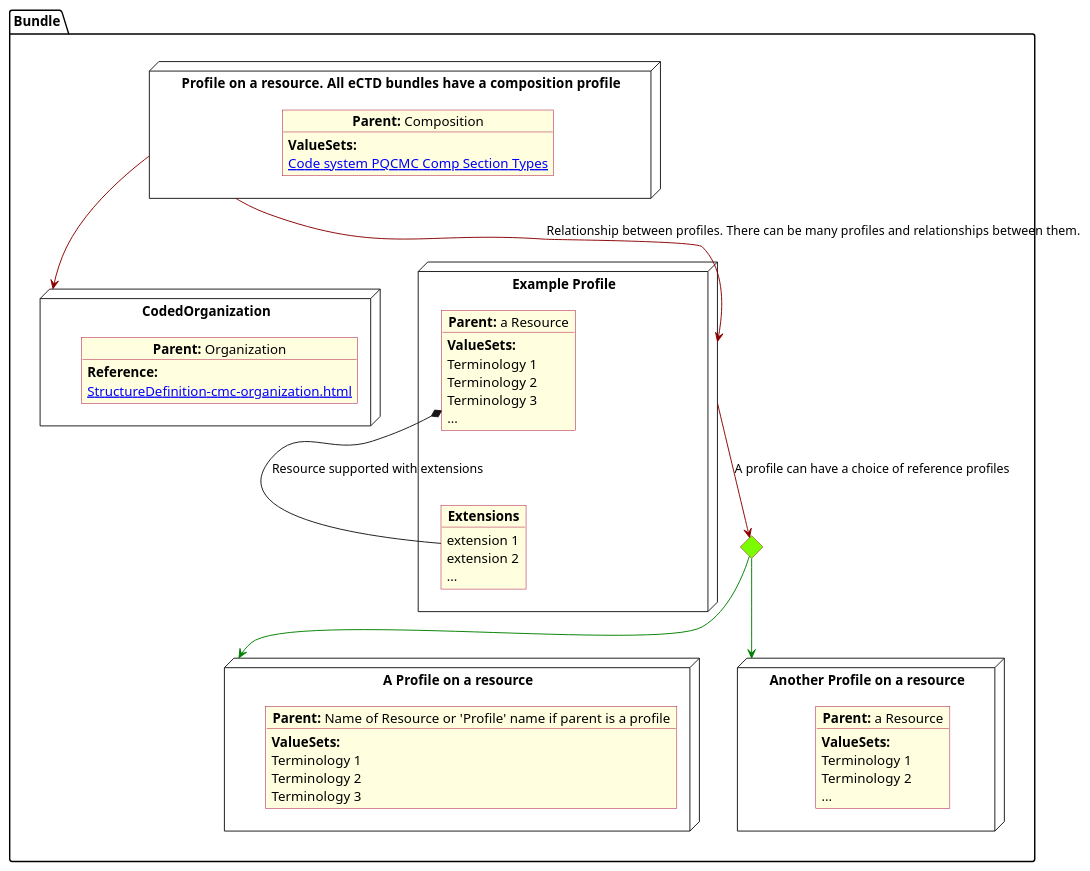
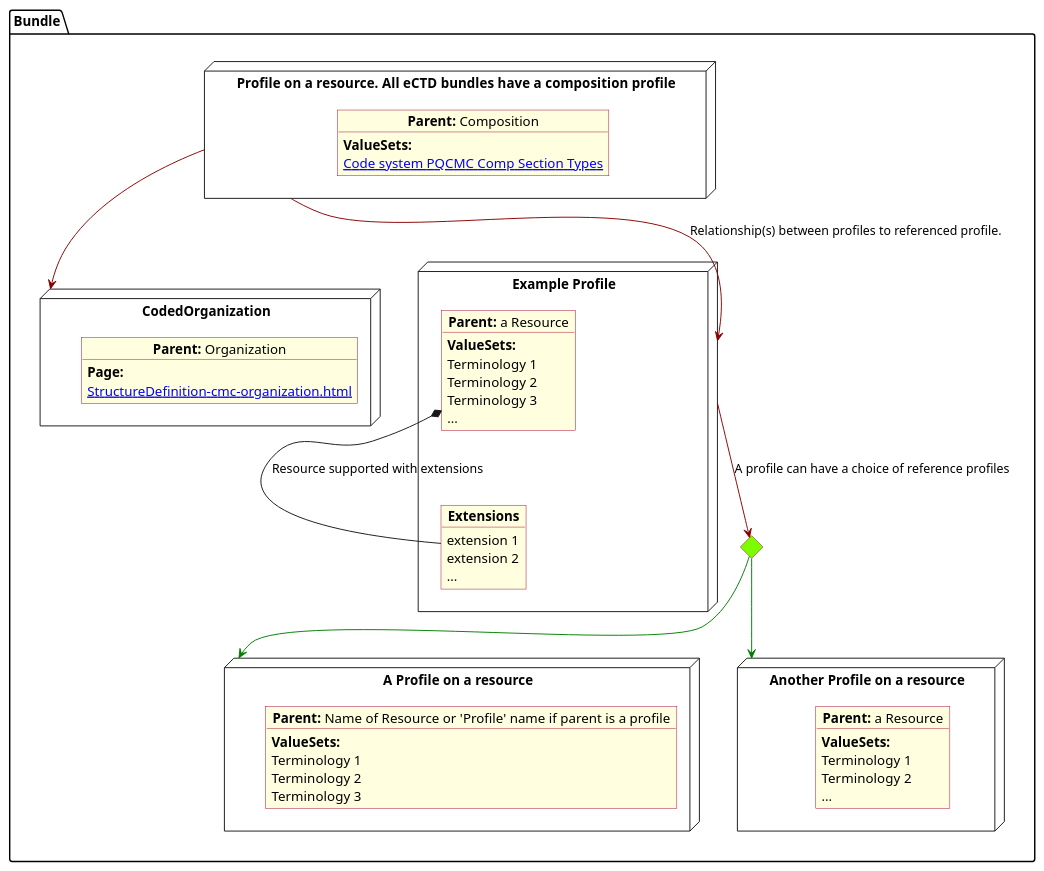
One commit to HL7/FHIR-us-pq-cmc-fda changed the diagram in input/images-source/legend.plantuml. Above: the diagram before and after it, drawn with PlantUML. The commit also changed 53 other files, not shown here.

```diff
--- a/input/images-source/legend.plantuml
+++ b/input/images-source/legend.plantuml
@@ -1,74 +1,74 @@
 @startuml legend
 allowmixing
 'Mixed model of use case and object
 skinparam svgDimensionStyle false
 skinparam ObjectBackgroundColor LightYellow
 skinparam ObjectBorderColor #A80036
 skinparam activityDiamondBorderColor #A80036
 skinparam activityDiamondBackgroundColor lawnGreen
 skinparam ClassBorderThickness 4
 
 package "Bundle" as NODES {
   node "A Profile on a resource" as Nameprofile {
     object "**Parent:** Name of Resource or 'Profile' name if parent is a profile" as objcs {
       **ValueSets:**
       Terminology 1
       Terminology 2
       Terminology 3
     }
   }
 
   node "CodedOrganization" as NSO {
 
     object "**Parent:** Organization" as objAu {
-      **Reference:**
+      **Page:**
       [[StructureDefinition-cmc-organization.html]]
     }
   }
 
   diamond CH
 
   node "Example Profile" as NN {
 
     object "**Parent:** a Resource" as obj3 {
       **ValueSets:**
       Terminology 1
       Terminology 2
       Terminology 3
       ...
     }
     object "**Extensions**" as objExs {
       extension 1
       extension 2
       ...
     }
     obj3 *-- objExs : Resource supported with extensions
 
   }
 
   node "Profile on a resource.  All eCTD bundles have a composition profile" as N1 {
 
     object "**Parent:** Composition" as obj1 {
       **ValueSets:**
       [[ValueSet-cmc-comp-section-types-vs.html Code system PQCMC Comp Section Types]]
     }
 
   }
 
   node "Another Profile on a resource" as NN3 {
 
     object "**Parent:** a Resource" as obj33 {
       **ValueSets:**
       Terminology 1
       Terminology 2
       ...
     }
   }
 
   N1 -[#darkred]-> NSO
   NN -[#darkred]-> CH : A profile can have a choice of reference profiles
   CH -[#green]-> Nameprofile
   CH -[#green]-> NN3
-  N1 -[#darkred]-> NN :  Relationship between profiles.  There can be many profiles and relationships between them.
+  N1 -[#darkred]-> NN :  Relationship(s) between profiles to referenced profile.  
 }
 @enduml
```
